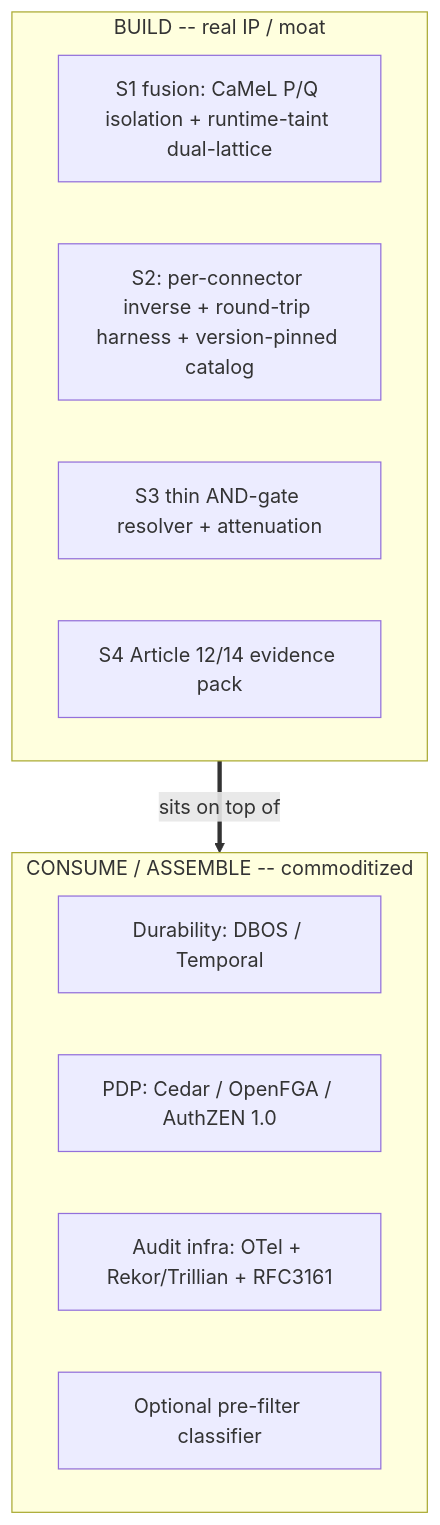
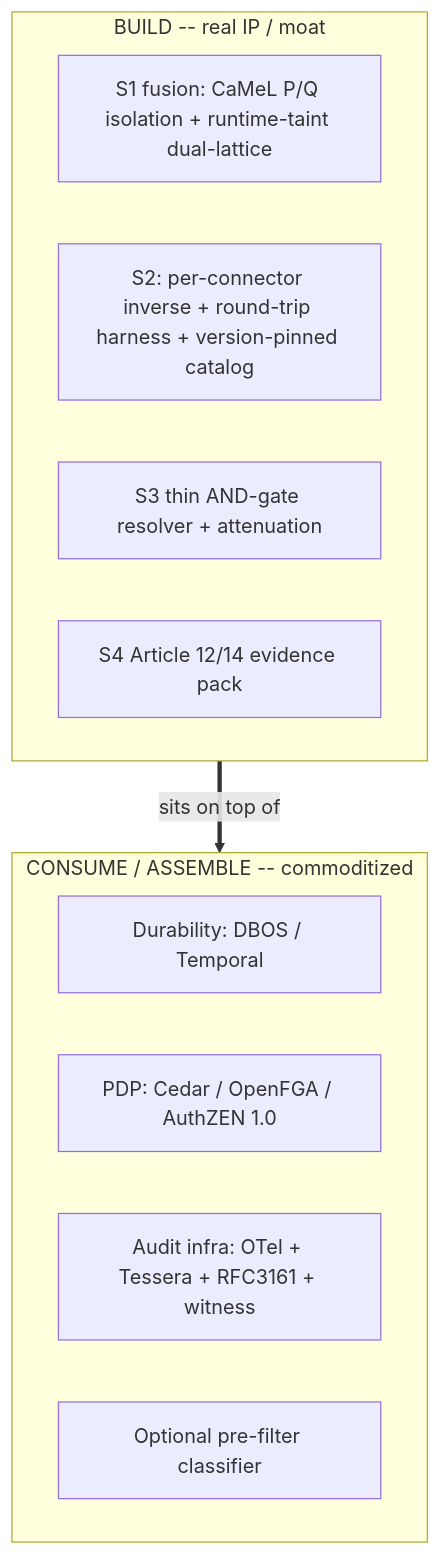
The diagram in docs/decisions/0003-build-vs-consume-boundary.md (HodeTech/provna), drawn with Mermaid before and after one commit. The commit also changed other lines of this file and 34 other files, not shown here.

````diff
--- a/docs/decisions/0003-build-vs-consume-boundary.md
+++ b/docs/decisions/0003-build-vs-consume-boundary.md
@@ -13,16 +13,16 @@
 ```mermaid
 flowchart TB
     subgraph BUILD["BUILD -- real IP / moat"]
         B1["S1 fusion: CaMeL P/Q isolation + runtime-taint dual-lattice"]
         B2["S2: per-connector inverse + round-trip harness + version-pinned catalog"]
         BR["S3 thin AND-gate resolver + attenuation"]
         BE["S4 Article 12/14 evidence pack"]
     end
     subgraph CONSUME["CONSUME / ASSEMBLE -- commoditized"]
         C1["Durability: DBOS / Temporal"]
         C2["PDP: Cedar / OpenFGA / AuthZEN 1.0"]
-        C3["Audit infra: OTel + Rekor/Trillian + RFC3161"]
+        C3["Audit infra: OTel + Tessera + RFC3161 + witness"]
         C4["Optional pre-filter classifier"]
     end
     BUILD ==>|"sits on top of"| CONSUME
 ```
````
